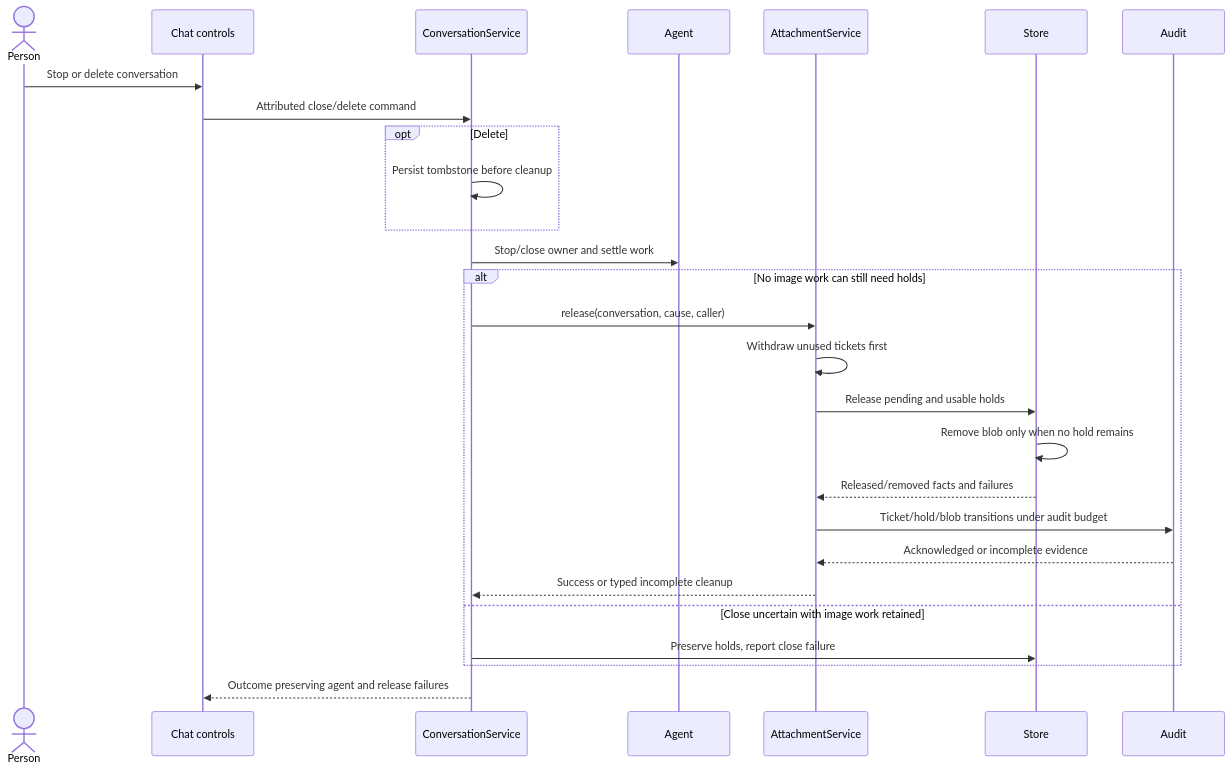
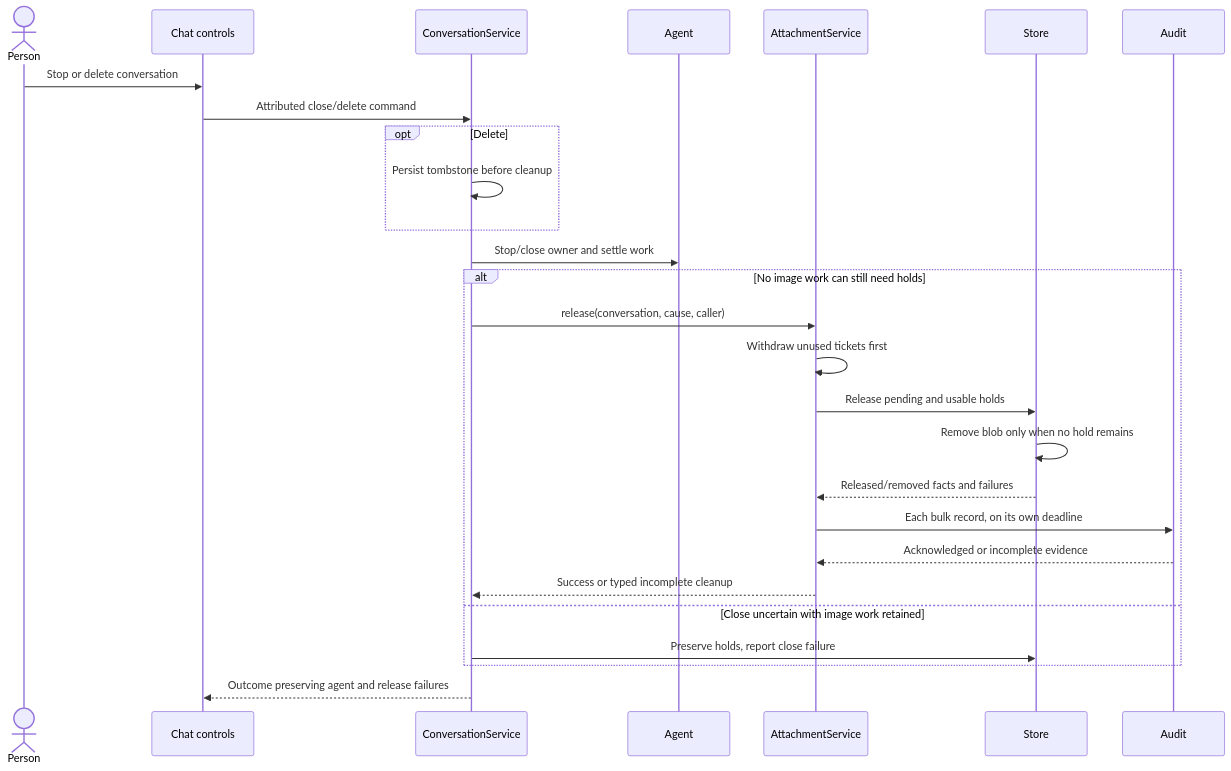
Before and after one commit to nessalabs/nessa-agent: diagram 14 of 14 in docs/mapping/features/attachments.md, drawn with Mermaid. The commit also changed other lines of this file and 5 other files, not shown here.

First line of the commit message:
attachments: give every bulk audit record its own delivery attempt

````diff
--- a/docs/mapping/features/attachments.md
+++ b/docs/mapping/features/attachments.md
@@ -533,29 +533,29 @@
 ```mermaid
 sequenceDiagram
     actor Person
     participant Chat as Chat controls
     participant Conversation as ConversationService
     participant Agent
     participant Attachments as AttachmentService
     participant Store
     participant Audit
     Person->>Chat: Stop or delete conversation
     Chat->>Conversation: Attributed close/delete command
     opt Delete
         Conversation->>Conversation: Persist tombstone before cleanup
     end
     Conversation->>Agent: Stop/close owner and settle work
     alt No image work can still need holds
         Conversation->>Attachments: release(conversation, cause, caller)
         Attachments->>Attachments: Withdraw unused tickets first
         Attachments->>Store: Release pending and usable holds
         Store->>Store: Remove blob only when no hold remains
         Store-->>Attachments: Released/removed facts and failures
-        Attachments->>Audit: Ticket/hold/blob transitions under audit budget
+        Attachments->>Audit: Each bulk record, on its own deadline
         Audit-->>Attachments: Acknowledged or incomplete evidence
         Attachments-->>Conversation: Success or typed incomplete cleanup
     else Close uncertain with image work retained
         Conversation->>Store: Preserve holds, report close failure
     end
     Conversation-->>Chat: Outcome preserving agent and release failures
 ```
````
